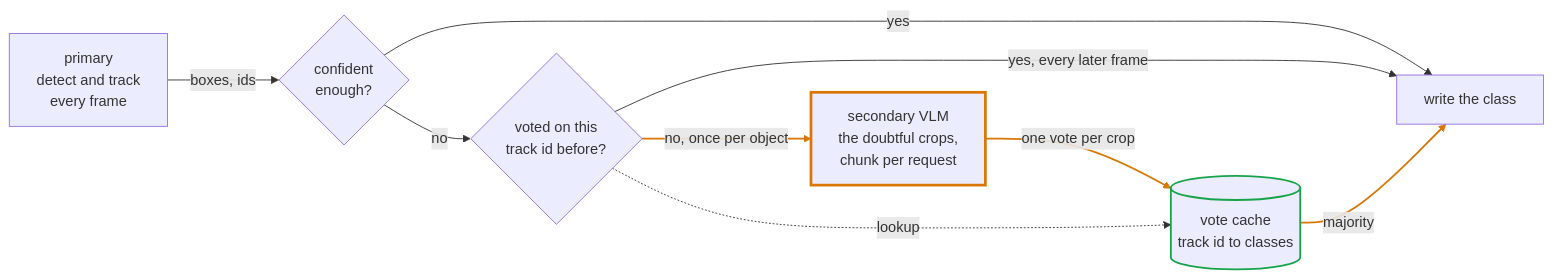
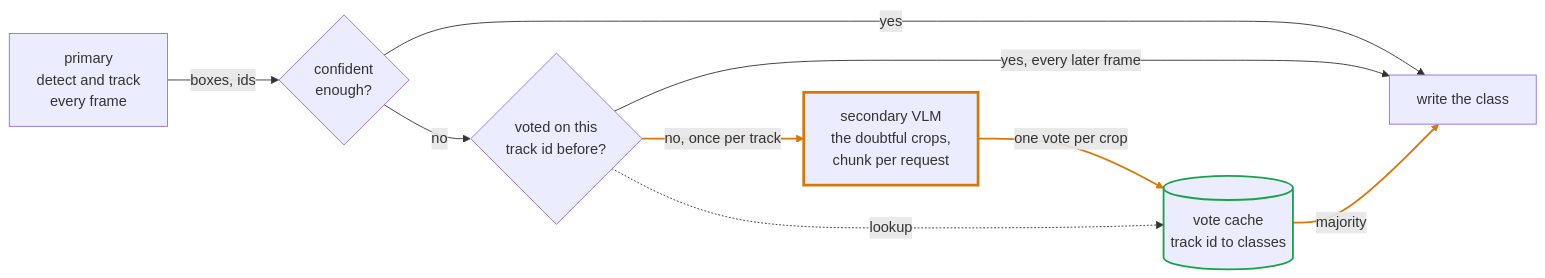
One commit to Y-T-G/vizor changed the diagram in README.md. Above: the diagram before and after it, drawn with Mermaid. The commit also changed other lines of this file and 7 other files, not shown here.

````diff
--- a/README.md
+++ b/README.md
@@ -107,31 +108,31 @@
 ```mermaid
 flowchart LR
     P["primary
     detect and track
     every frame"]
     G{"confident
     enough?"}
     H{"voted on this
     track id before?"}
     S["secondary VLM
     the doubtful crops,
     chunk per request"]
     C[("vote cache
     track id to classes")]
     A["write the class"]
 
     P -- "boxes, ids" --> G
     G -- "yes" --> A
     G -- "no" --> H
     H -- "yes, every later frame" --> A
-    H -- "no, once per object" --> S
+    H -- "no, once per track" --> S
     S -- "one vote per crop" --> C
     C -- "majority" --> A
     H -. "lookup" .-> C
 
     classDef vlm stroke:#d97706,stroke-width:3px
     classDef store stroke:#16a34a,stroke-width:2px
     class S vlm
     class C store
     linkStyle 4,5,6 stroke:#d97706,stroke-width:2px
 ```
````
